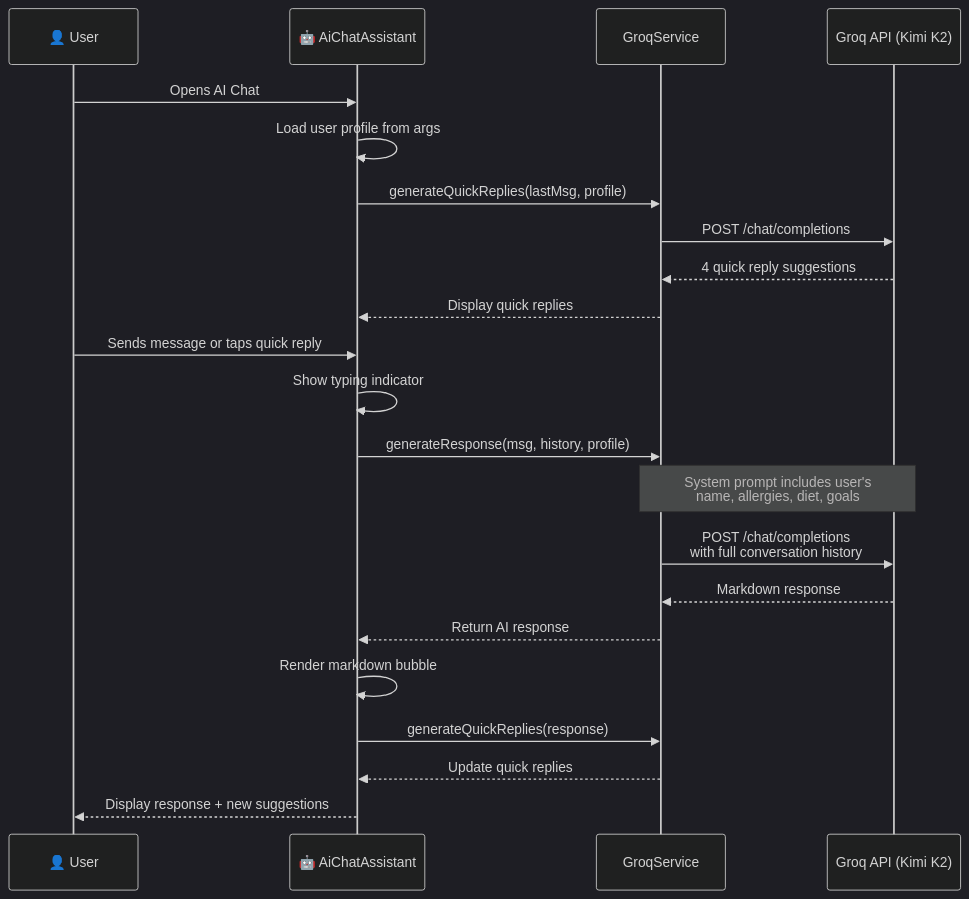
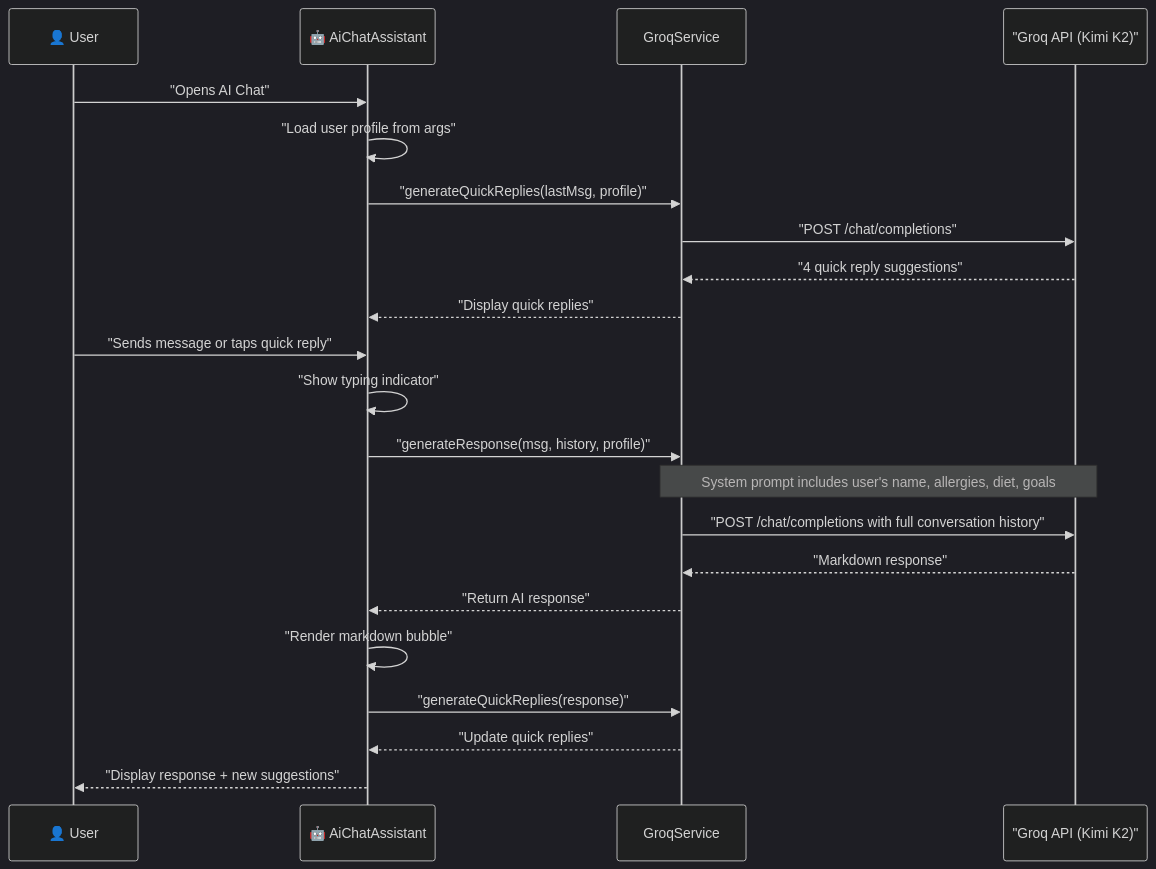
One commit to aanandmodi/food-insight-scanner changed the fifth of 6 diagrams in README.md. Above: the diagram before and after it, drawn with Mermaid (dark theme). The commit also changed other lines of this file and 1 other file, not shown here.

Commit message:
fix: fix broken mermaid diagrams, table alignment, and clean up env.json

````diff
--- a/README.md
+++ b/README.md
@@ -269,28 +269,28 @@
 ```mermaid
 sequenceDiagram
     participant U as 👤 User
     participant AC as 🤖 AiChatAssistant
     participant GS as GroqService
-    participant API as Groq API (Kimi K2)
+    participant API as "Groq API (Kimi K2)"
 
-    U->>AC: Opens AI Chat
-    AC->>AC: Load user profile from args
-    AC->>GS: generateQuickReplies(lastMsg, profile)
-    GS->>API: POST /chat/completions
-    API-->>GS: 4 quick reply suggestions
-    GS-->>AC: Display quick replies
+    U->>AC: "Opens AI Chat"
+    AC->>AC: "Load user profile from args"
+    AC->>GS: "generateQuickReplies(lastMsg, profile)"
+    GS->>API: "POST /chat/completions"
+    API-->>GS: "4 quick reply suggestions"
+    GS-->>AC: "Display quick replies"
     
-    U->>AC: Sends message or taps quick reply
-    AC->>AC: Show typing indicator
-    AC->>GS: generateResponse(msg, history, profile)
+    U->>AC: "Sends message or taps quick reply"
+    AC->>AC: "Show typing indicator"
+    AC->>GS: "generateResponse(msg, history, profile)"
     
-    Note over GS,API: System prompt includes user's<br/>name, allergies, diet, goals
+    Note over GS,API: System prompt includes user's name, allergies, diet, goals
     
-    GS->>API: POST /chat/completions<br/>with full conversation history
-    API-->>GS: Markdown response
-    GS-->>AC: Return AI response
-    AC->>AC: Render markdown bubble
-    AC->>GS: generateQuickReplies(response)
-    GS-->>AC: Update quick replies
-    AC-->>U: Display response + new suggestions
+    GS->>API: "POST /chat/completions with full conversation history"
+    API-->>GS: "Markdown response"
+    GS-->>AC: "Return AI response"
+    AC->>AC: "Render markdown bubble"
+    AC->>GS: "generateQuickReplies(response)"
+    GS-->>AC: "Update quick replies"
+    AC-->>U: "Display response + new suggestions"
 ```
````
